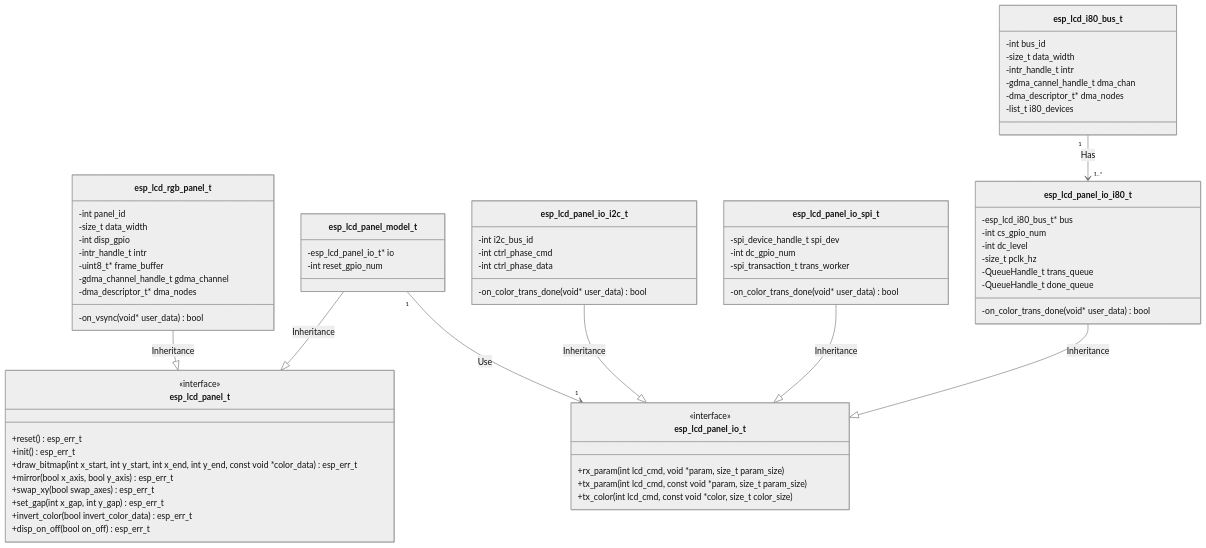
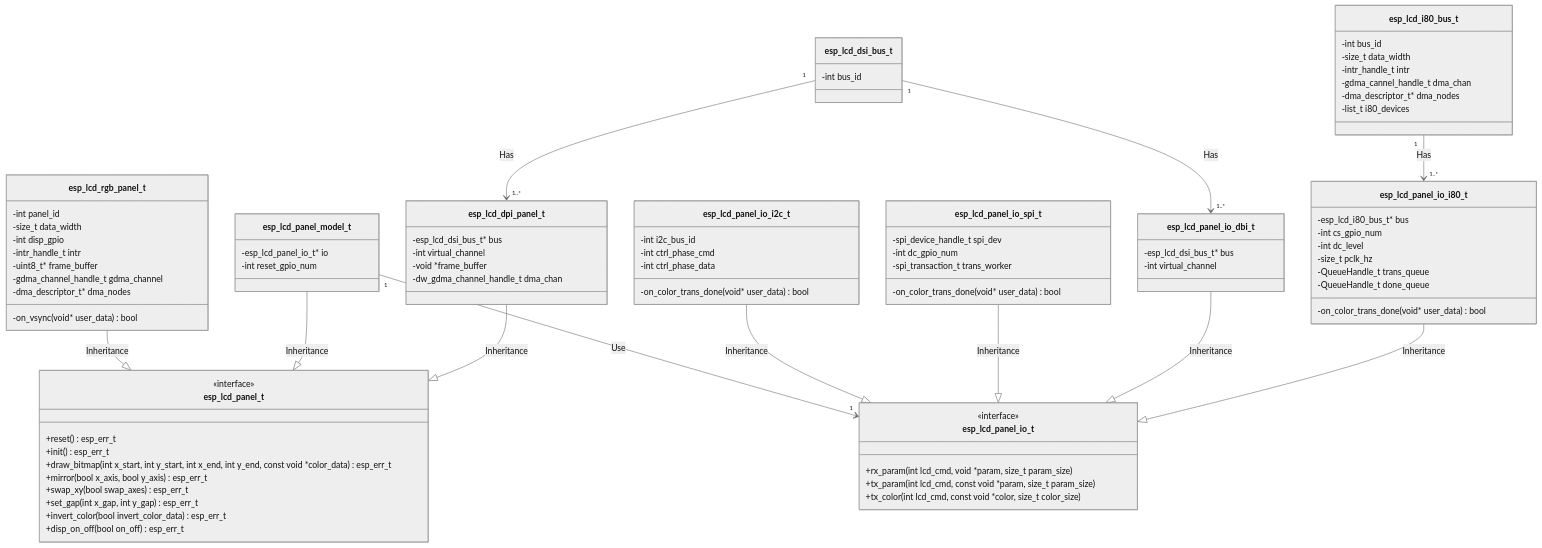
Before and after one commit to espressif/esp-idf: the diagram in components/esp_lcd/README.md, drawn with Mermaid (neutral theme). The commit also changed 9 other files, not shown here.

Commit message:
feat(dsi): add mipi dsi driver to esp_lcd

```diff
--- a/components/esp_lcd/README.md
+++ b/components/esp_lcd/README.md
@@ -60,6 +60,26 @@
         -on_color_trans_done(void* user_data) bool
     }
 
+    esp_lcd_panel_io_dbi_t --|> esp_lcd_panel_io_t : Inheritance
+    class esp_lcd_panel_io_dbi_t {
+        -esp_lcd_dsi_bus_t* bus
+        -int virtual_channel
+    }
+
+    esp_lcd_dpi_panel_t --|> esp_lcd_panel_t : Inheritance
+    class esp_lcd_dpi_panel_t {
+        -esp_lcd_dsi_bus_t* bus
+        -int virtual_channel
+        -void *frame_buffer
+        -dw_gdma_channel_handle_t dma_chan
+    }
+
+    esp_lcd_dsi_bus_t "1" --> "1..*" esp_lcd_panel_io_dbi_t : Has
+    esp_lcd_dsi_bus_t "1" --> "1..*" esp_lcd_dpi_panel_t : Has
+    class esp_lcd_dsi_bus_t {
+        -int bus_id
+    }
+
     esp_lcd_panel_io_i80_t --|> esp_lcd_panel_io_t : Inheritance
     class esp_lcd_panel_io_i80_t {
         -esp_lcd_i80_bus_t* bus
```
